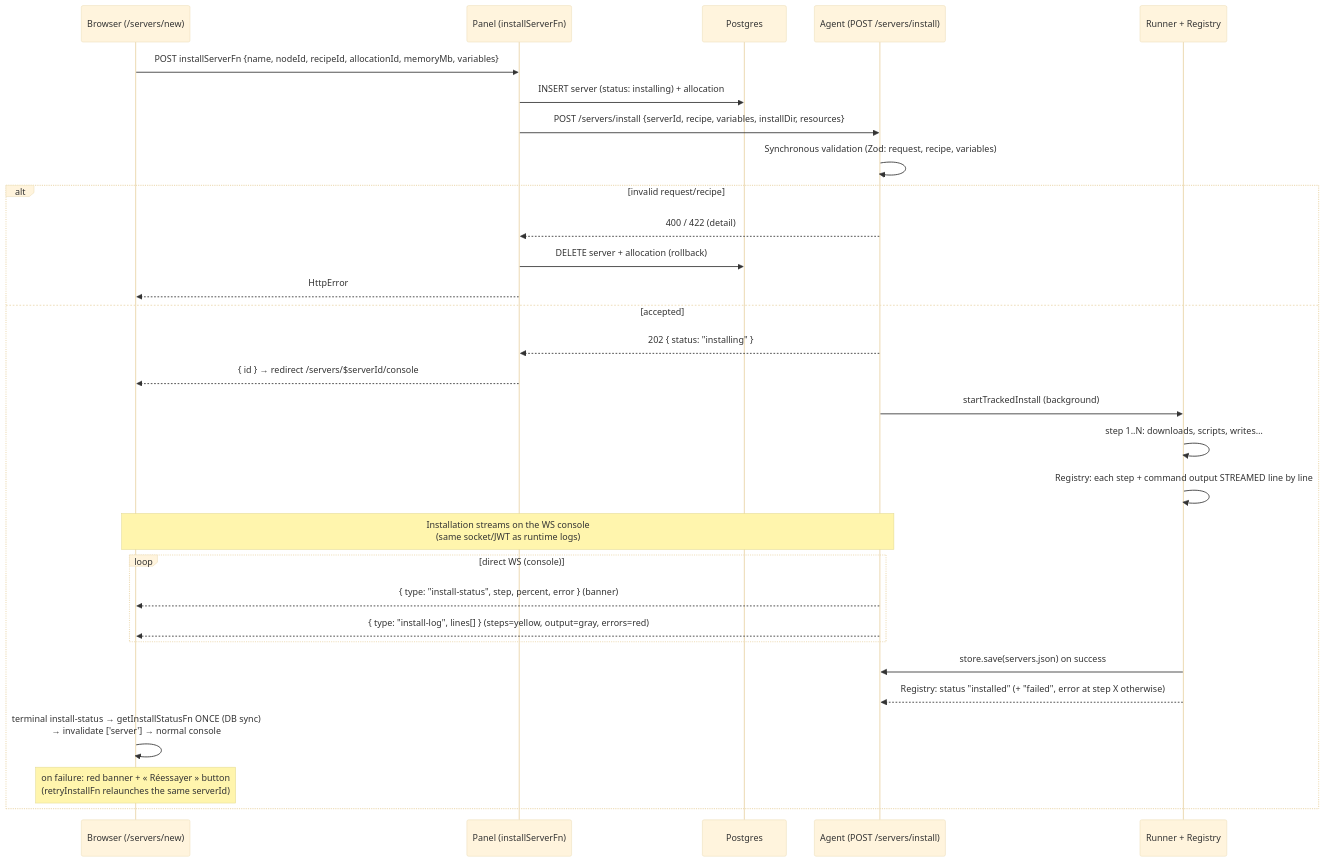
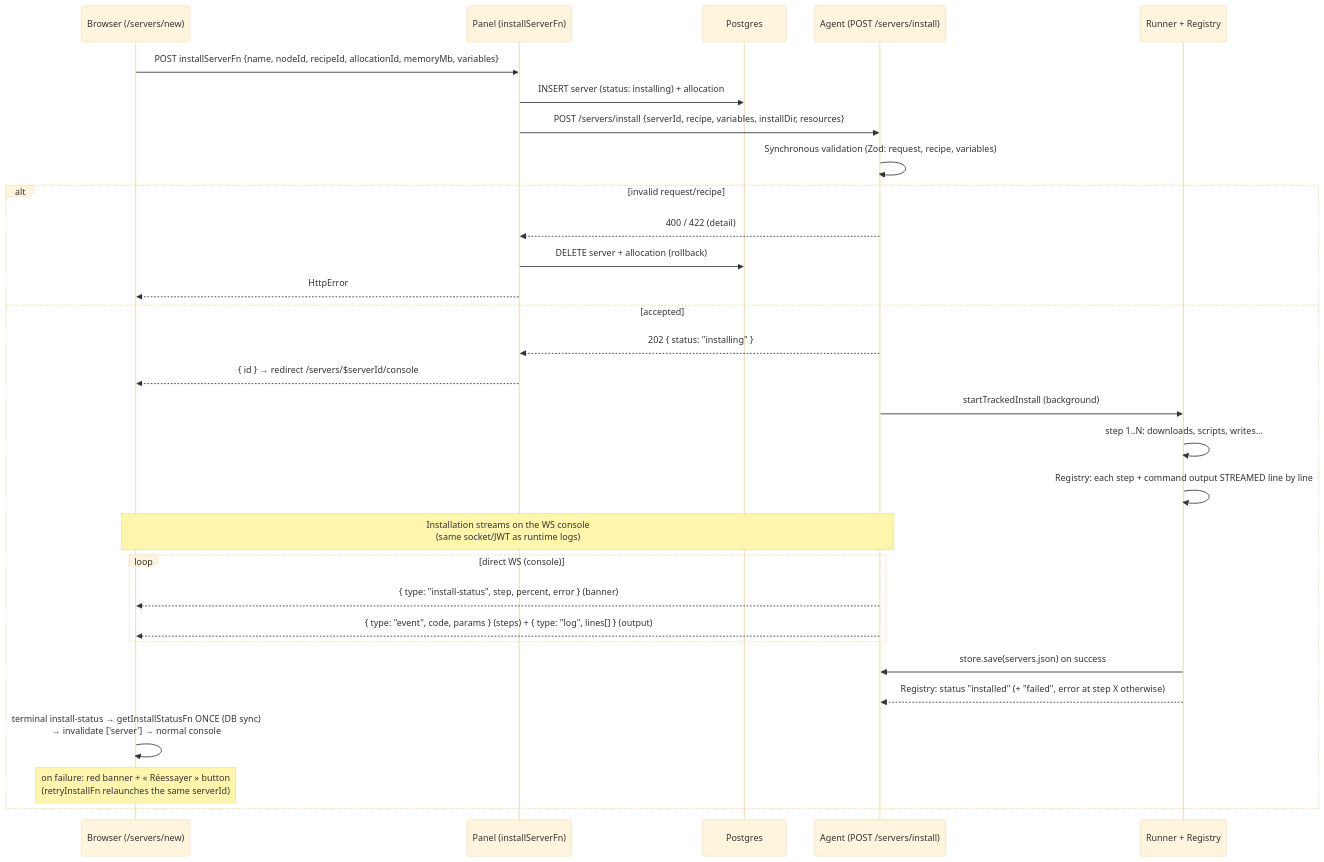
One commit to mojito-panel/panel changed the third of 9 diagrams in docs/communications.md. Above: the diagram before and after it, drawn with Mermaid (base theme). The commit also changed other lines of this file and 3 other files, not shown here.

````diff
--- a/docs/communications.md
+++ b/docs/communications.md
@@ -78,33 +78,33 @@
 ```mermaid
 sequenceDiagram
     participant N as Browser (/servers/new)
     participant P as Panel (installServerFn)
     participant D as Postgres
     participant A as Agent (POST /servers/install)
     participant R as Runner + Registry
 
     N->>P: POST installServerFn {name, nodeId, recipeId, allocationId, memoryMb, variables}
     P->>D: INSERT server (status: installing) + allocation
     P->>A: POST /servers/install {serverId, recipe, variables, installDir, resources}
     A->>A: Synchronous validation (Zod: request, recipe, variables)
     alt invalid request/recipe
         A-->>P: 400 / 422 (detail)
         P->>D: DELETE server + allocation (rollback)
         P-->>N: HttpError
     else accepted
         A-->>P: 202 { status: "installing" }
         P-->>N: { id } → redirect /servers/$serverId/console
         A->>R: startTrackedInstall (background)
         R->>R: step 1..N: downloads, scripts, writes…
         R->>R: Registry: each step + command output STREAMED line by line
         Note over N,A: Installation streams on the WS console<br/>(same socket/JWT as runtime logs)
         loop direct WS (console)
             A-->>N: { type: "install-status", step, percent, error } (banner)
-            A-->>N: { type: "install-log", lines[] } (steps=yellow, output=gray, errors=red)
+            A-->>N: { type: "event", code, params } (steps) + { type: "log", lines[] } (output)
         end
         R->>A: store.save(servers.json) on success
         R-->>A: Registry: status "installed" (+ "failed", error at step X otherwise)
         N->>N: terminal install-status → getInstallStatusFn ONCE (DB sync)<br/>→ invalidate ['server'] → normal console
         Note over N: on failure: red banner + « Réessayer » button<br/>(retryInstallFn relaunches the same serverId)
     end
 ```
````
